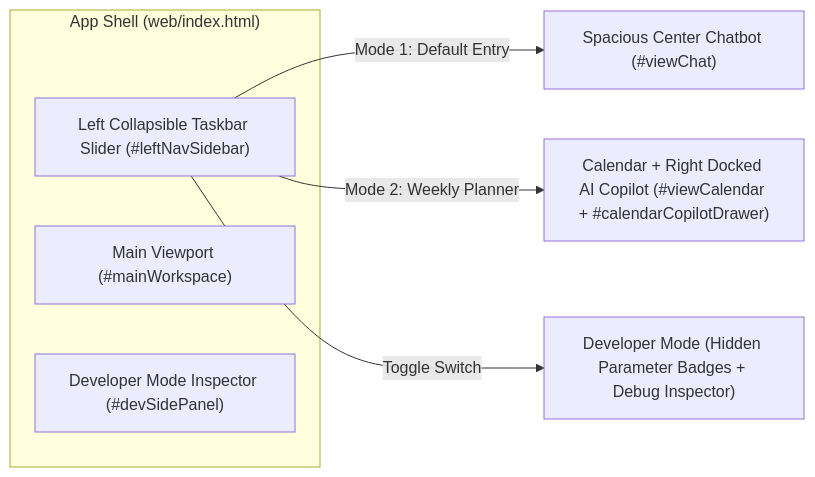
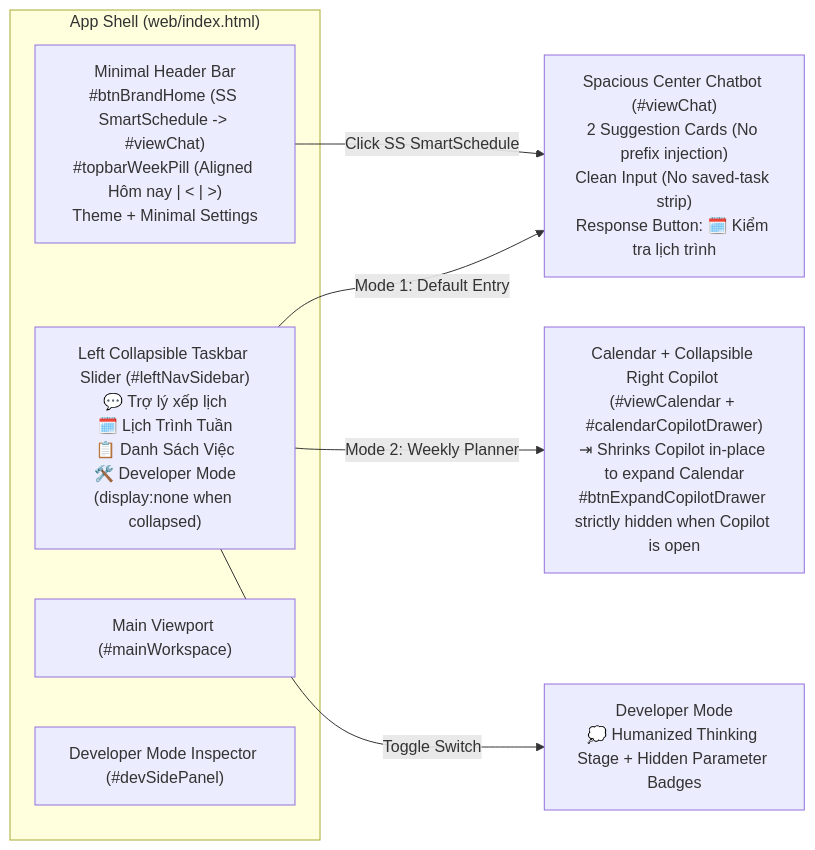
Before and after one commit to TNKhanh1/Computational-Thinking---Group-Project: the first of 2 diagrams in v1.0-alpha-plan/UI_Rebuild_Plan/agent_pipeline.md, drawn with Mermaid. The commit also changed other lines of this file and 2 other files, not shown here.

Commit message:
docs(plan): merge Chat-First UI/UX plan with online context-parsing model upgrade

````diff
--- a/v1.0-alpha-plan/UI_Rebuild_Plan/agent_pipeline.md
+++ b/v1.0-alpha-plan/UI_Rebuild_Plan/agent_pipeline.md
@@ -30,12 +30,14 @@
 ```mermaid
 flowchart LR
     subgraph AppShell["App Shell (web/index.html)"]
-        Sidebar["Left Collapsible Taskbar Slider (#leftNavSidebar)"]
+        Topbar["Minimal Header Bar\n#btnBrandHome (SS SmartSchedule -> #viewChat)\n#topbarWeekPill (Aligned Hôm nay | < | >)\nTheme + Minimal Settings"]
+        Sidebar["Left Collapsible Taskbar Slider (#leftNavSidebar)\n💬 Trợ lý xếp lịch\n🗓️ Lịch Trình Tuần\n📋 Danh Sách Việc\n🛠️ Developer Mode\n(display:none when collapsed)"]
         MainStage["Main Viewport (#mainWorkspace)"]
         DevDrawer["Developer Mode Inspector (#devSidePanel)"]
     end
 
-    Sidebar -->|"Mode 1: Default Entry"| ChatStage["Spacious Center Chatbot (#viewChat)"]
-    Sidebar -->|"Mode 2: Weekly Planner"| SplitStage["Calendar + Right Docked AI Copilot (#viewCalendar + #calendarCopilotDrawer)"]
-    Sidebar -->|"Toggle Switch"| DevMode["Developer Mode (Hidden Parameter Badges + Debug Inspector)"]
+    Topbar -->|"Click SS SmartSchedule"| ChatStage
+    Sidebar -->|"Mode 1: Default Entry"| ChatStage["Spacious Center Chatbot (#viewChat)\n2 Suggestion Cards (No prefix injection)\nClean Input (No saved-task strip)\nResponse Button: 🗓️ Kiểm tra lịch trình"]
+    Sidebar -->|"Mode 2: Weekly Planner"| SplitStage["Calendar + Collapsible Right Copilot (#viewCalendar + #calendarCopilotDrawer)\n⇥ Shrinks Copilot in-place to expand Calendar\n#btnExpandCopilotDrawer strictly hidden when Copilot is open"]
+    Sidebar -->|"Toggle Switch"| DevMode["Developer Mode\n💭 Humanized Thinking Stage + Hidden Parameter Badges"]
 ```
````
